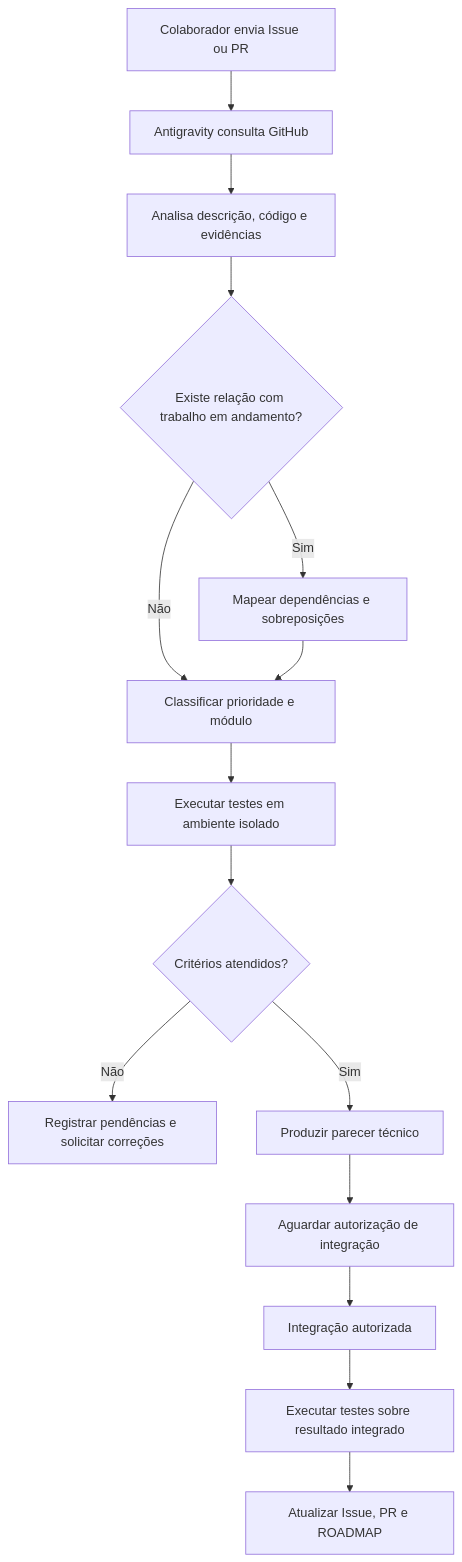
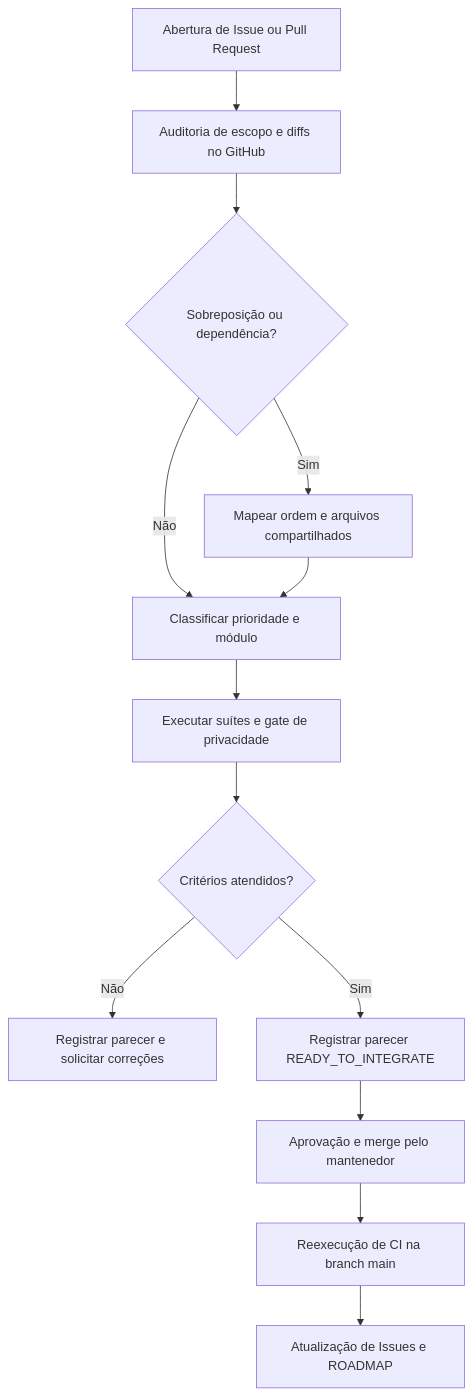
One commit to foros049695/nix changed the diagram in ROADMAP.md. Above: the diagram before and after it, drawn with Mermaid. The commit also changed other lines of this file and 1 other file, not shown here.

Commit message:
docs: refactor ROADMAP and collaboration status into formal technical specification

````diff
--- a/ROADMAP.md
+++ b/ROADMAP.md
@@ -443,17 +320,15 @@
 ```mermaid
 flowchart TD
-    A["Colaborador envia Issue ou PR"] --> B["Antigravity consulta GitHub"]
-    B --> C["Analisa descrição, código e evidências"]
-    C --> D{"Existe relação com trabalho em andamento?"}
-    D -->|Sim| E["Mapear dependências e sobreposições"]
-    D -->|Não| F["Classificar prioridade e módulo"]
-    E --> F
-    F --> G["Executar testes em ambiente isolado"]
-    G --> H{"Critérios atendidos?"}
-    H -->|Não| I["Registrar pendências e solicitar correções"]
-    H -->|Sim| J["Produzir parecer técnico"]
-    J --> K["Aguardar autorização de integração"]
-    K --> L["Integração autorizada"]
-    L --> M["Executar testes sobre resultado integrado"]
-    M --> N["Atualizar Issue, PR e ROADMAP"]
+    A["Abertura de Issue ou Pull Request"] --> B["Auditoria de escopo e diffs no GitHub"]
+    B --> C{"Sobreposição ou dependência?"}
+    C -->|Sim| D["Mapear ordem e arquivos compartilhados"]
+    C -->|Não| E["Classificar prioridade e módulo"]
+    D --> E
+    E --> F["Executar suítes e gate de privacidade"]
+    F --> G{"Critérios atendidos?"}
+    G -->|Não| H["Registrar parecer e solicitar correções"]
+    G -->|Sim| I["Registrar parecer READY_TO_INTEGRATE"]
+    I --> J["Aprovação e merge pelo mantenedor"]
+    J --> K["Reexecução de CI na branch main"]
+    K --> L["Atualização de Issues e ROADMAP"]
 ```
````
